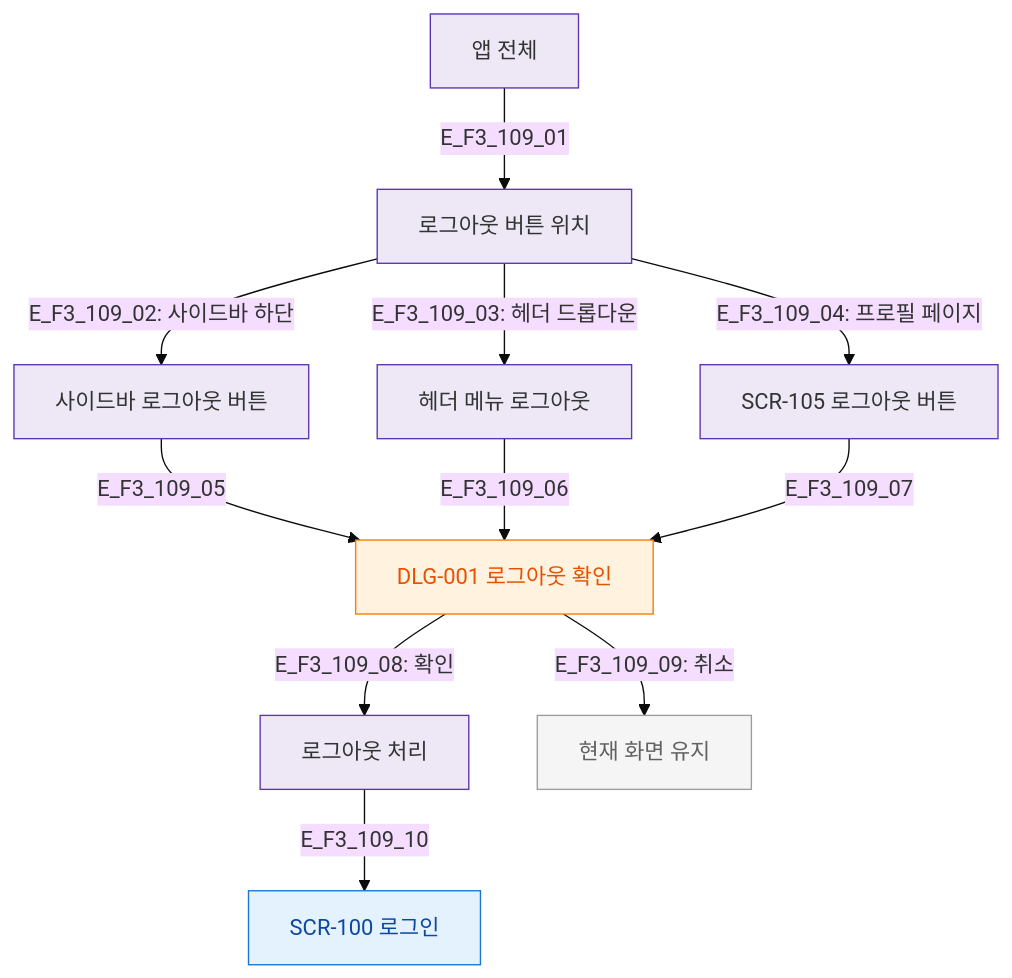
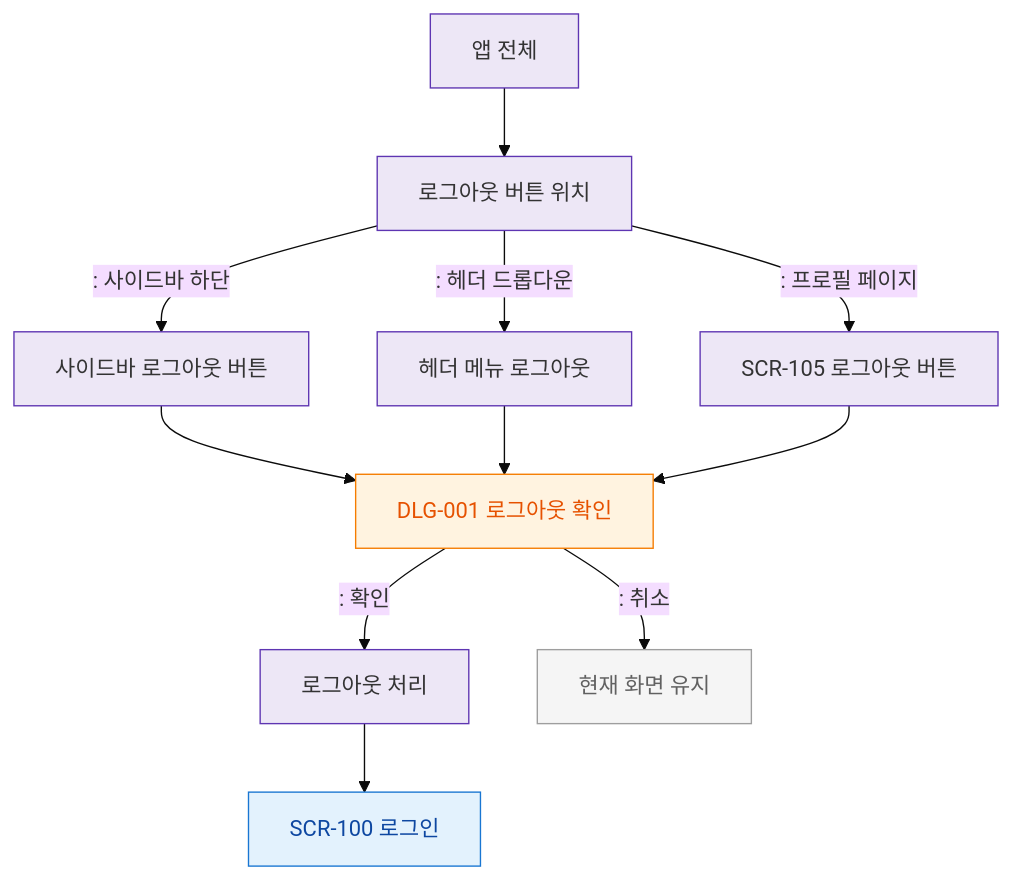
One commit to dev-spogym/admin-pando changed the diagram in docs/다이어그램/D01_공통/SCR-109_로그아웃/F3_버튼액션.md. Above: the diagram before and after it, drawn with Mermaid (base theme). The commit also changed other lines of this file and 1660 other files, not shown here.

First line of the commit message:
다이어그램: 기획자/클라이언트 납품본으로 정리

````diff
--- a/docs/다이어그램/D01_공통/SCR-109_로그아웃/F3_버튼액션.md
+++ b/docs/다이어그램/D01_공통/SCR-109_로그아웃/F3_버튼액션.md
@@ -19,25 +17,25 @@
 ```mermaid
 flowchart TD
-    APP[앱 전체] -->|E_F3_109_01| LOGOUT_BUTTONS[로그아웃 버튼 위치]
+    APP[앱 전체] --> LOGOUT_BUTTONS[로그아웃 버튼 위치]
 
-    LOGOUT_BUTTONS -->|"E_F3_109_02: 사이드바 하단"| SIDEBAR_BTN[사이드바 로그아웃 버튼]
-    LOGOUT_BUTTONS -->|"E_F3_109_03: 헤더 드롭다운"| HEADER_BTN[헤더 메뉴 로그아웃]
-    LOGOUT_BUTTONS -->|"E_F3_109_04: 프로필 페이지"| PROFILE_BTN[SCR-105 로그아웃 버튼]
+    LOGOUT_BUTTONS -->|": 사이드바 하단"|SIDEBAR_BTN[사이드바 로그아웃 버튼]
+    LOGOUT_BUTTONS -->|": 헤더 드롭다운"|HEADER_BTN[헤더 메뉴 로그아웃]
+    LOGOUT_BUTTONS -->|": 프로필 페이지"|PROFILE_BTN[SCR-105 로그아웃 버튼]
 
-    SIDEBAR_BTN -->|E_F3_109_05| DLG_001[DLG-001 로그아웃 확인]
-    HEADER_BTN -->|E_F3_109_06| DLG_001
-    PROFILE_BTN -->|E_F3_109_07| DLG_001
+    SIDEBAR_BTN --> DLG_001[DLG-001 로그아웃 확인]
+    HEADER_BTN --> DLG_001
+    PROFILE_BTN --> DLG_001
 
-    DLG_001 -->|"E_F3_109_08: 확인"| PROCESS[로그아웃 처리]
-    DLG_001 -->|"E_F3_109_09: 취소"| STAY[현재 화면 유지]
-    PROCESS -->|E_F3_109_10| SCR_100[SCR-100 로그인]
+    DLG_001 -->|": 확인"|PROCESS[로그아웃 처리]
+    DLG_001 -->|": 취소"|STAY[현재 화면 유지]
+    PROCESS --> SCR_100[SCR-100 로그인]
 
-    classDef screen  fill:#E3F2FD,stroke:#1976D2,color:#0D47A1
-    classDef modal   fill:#FFF3E0,stroke:#F57C00,color:#E65100
-    classDef system  fill:#EDE7F6,stroke:#5E35B2
+    classDef screen fill:#E3F2FD,stroke:#1976D2,color:#0D47A1
+    classDef modal fill:#FFF3E0,stroke:#F57C00,color:#E65100
+    classDef system fill:#EDE7F6,stroke:#5E35B2
     classDef rbacBlocked fill:#F5F5F5,stroke:#9E9E9E,color:#616161
     class SCR_100 screen
     class DLG_001 modal
     class APP,LOGOUT_BUTTONS,SIDEBAR_BTN,HEADER_BTN,PROFILE_BTN,PROCESS system
     class STAY rbacBlocked
 ```
````
